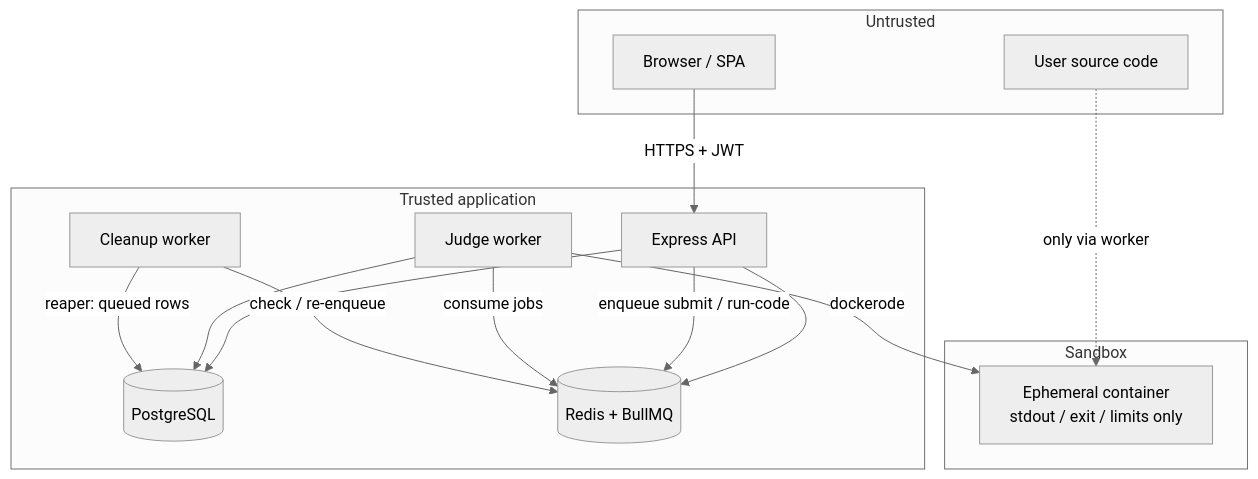
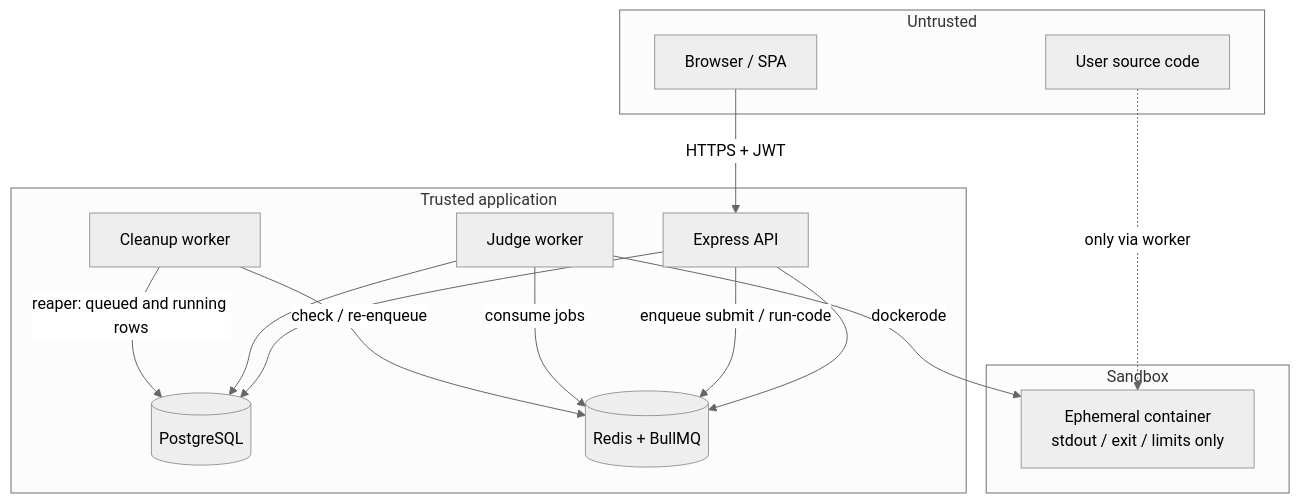
The first of 5 diagrams in README.md (ReshwanthKudikala/JudgeX), drawn with Mermaid (neutral theme) before and after one commit. The commit also changed other lines of this file and 19 other files, not shown here.

````diff
--- a/README.md
+++ b/README.md
@@ -164,30 +164,30 @@
 ```mermaid
 flowchart TB
   subgraph Untrusted["Untrusted"]
     FE[Browser / SPA]
     CODE[User source code]
   end
 
   subgraph Trusted["Trusted application"]
     API[Express API]
     PG[(PostgreSQL)]
     RD[(Redis + BullMQ)]
     JW[Judge worker]
     CW[Cleanup worker]
   end
 
   subgraph Sandbox["Sandbox"]
     SB[Ephemeral container<br/>stdout / exit / limits only]
   end
 
   FE -->|HTTPS + JWT| API
   API --> PG
   API --> RD
   API -->|enqueue submit / run-code| RD
   JW -->|consume jobs| RD
   JW --> PG
-  CW -->|reaper: queued rows| PG
+  CW -->|reaper: queued and running rows| PG
   CW -->|check / re-enqueue| RD
   CODE -.->|only via worker| SB
   JW -->|dockerode| SB
 ```
````
